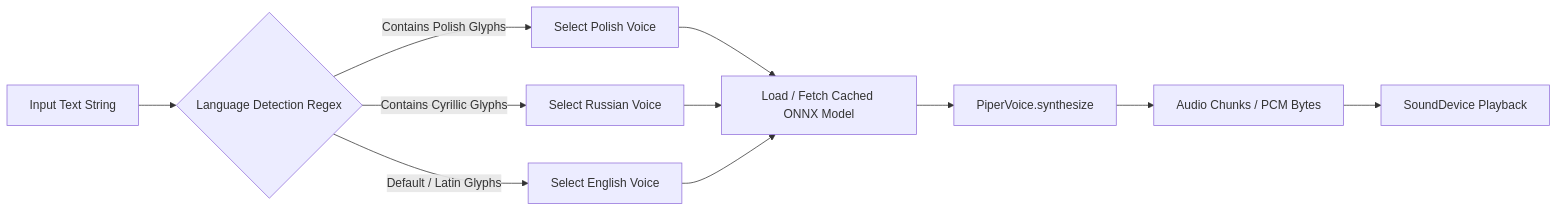
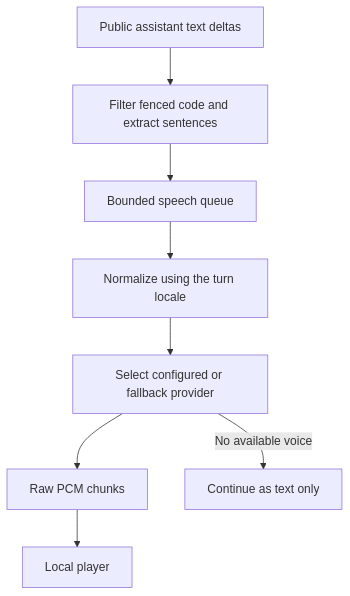
Before and after one commit to MEDABIBA/Jarvis: the third of 3 diagrams in docs/WORKFLOWS.md, drawn with Mermaid. The commit also changed other lines of this file and 7 other files, not shown here.

Commit message:
docs(tts): document speech setup and fallback policy

````diff
--- a/docs/WORKFLOWS.md
+++ b/docs/WORKFLOWS.md
@@ -69,16 +71,10 @@
 ```mermaid
-flowchart LR
-TEXT[Input Text String] --> REGEX{Language Detection Regex}
-REGEX -->|Contains Polish Glyphs| PL[Select Polish Voice]
-REGEX -->|Contains Cyrillic Glyphs| RU[Select Russian Voice]
-REGEX -->|Default / Latin Glyphs| EN[Select English Voice]
-
-    PL --> CACHE[Load / Fetch Cached ONNX Model]
-    RU --> CACHE
-    EN --> CACHE
-
-    CACHE --> SYNTH[PiperVoice.synthesize]
-    SYNTH --> RAW_BYTES[Audio Chunks / PCM Bytes]
-    RAW_BYTES --> SD[SoundDevice Playback]
-
+flowchart TD
+    TEXT[Public assistant text deltas] --> FILTER[Filter fenced code and extract sentences]
+    FILTER --> QUEUE[Bounded speech queue]
+    QUEUE --> NORMALIZE[Normalize using the turn locale]
+    NORMALIZE --> PROVIDER[Select configured or fallback provider]
+    PROVIDER --> PCM[Raw PCM chunks]
+    PCM --> SD[Local player]
+    PROVIDER -->|No available voice| SILENT[Continue as text only]
 ```
````
